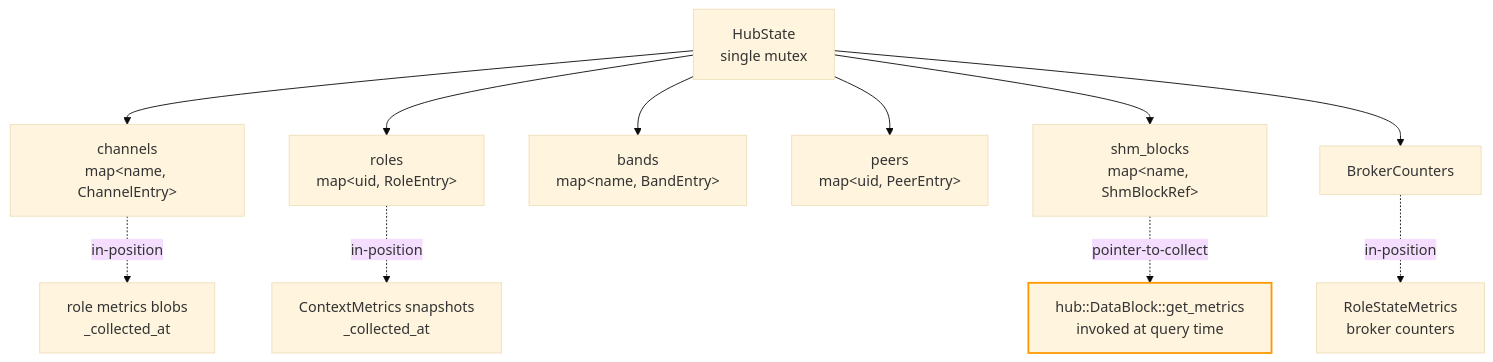
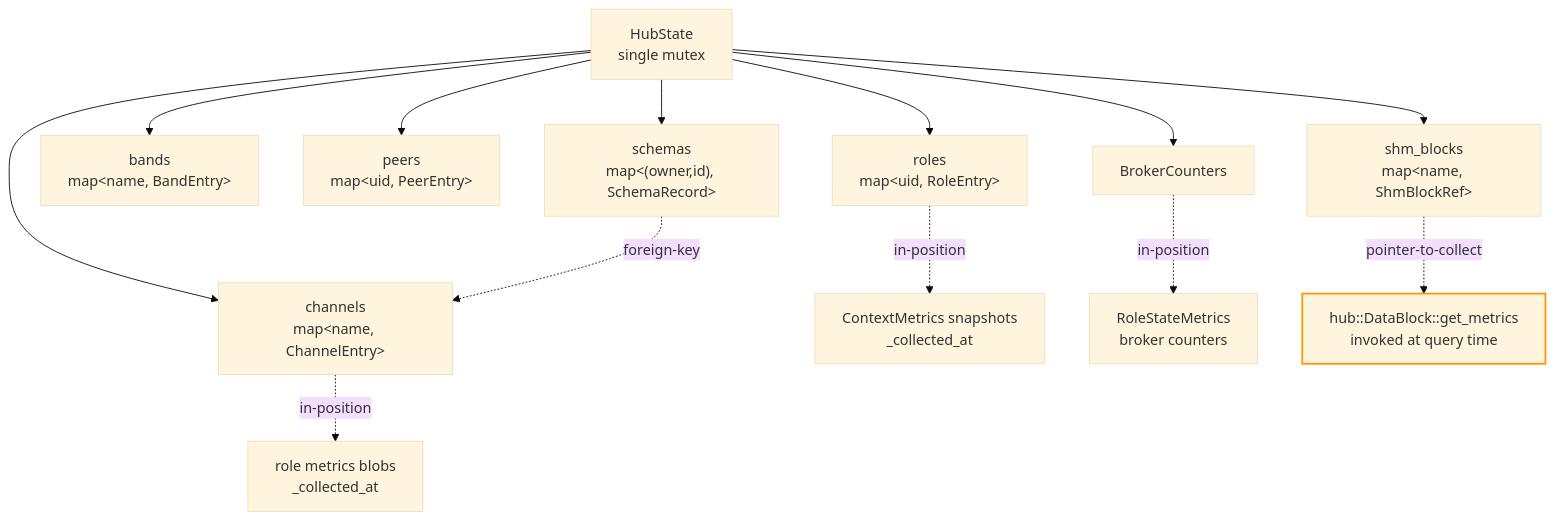
The third of 8 diagrams in docs/HEP/HEP-CORE-0033-Hub-Character.md (Qing-LAB/pylabhub), drawn with Mermaid (base theme) before and after one commit. The commit also changed other lines of this file and 4 other files, not shown here.

First line of the commit message:
docs(HEP-0034): ratify owner-authoritative schema registry; supersede HEP-0016

````diff
--- a/docs/HEP/HEP-CORE-0033-Hub-Character.md
+++ b/docs/HEP/HEP-CORE-0033-Hub-Character.md
@@ -386,17 +394,19 @@
 ```mermaid
 graph TB
     HubState[HubState<br/>single mutex]
     HubState --> Channels["channels<br/>map&lt;name, ChannelEntry&gt;"]
     HubState --> Roles["roles<br/>map&lt;uid, RoleEntry&gt;"]
     HubState --> Bands["bands<br/>map&lt;name, BandEntry&gt;"]
     HubState --> Peers["peers<br/>map&lt;uid, PeerEntry&gt;"]
     HubState --> ShmBlocks["shm_blocks<br/>map&lt;name, ShmBlockRef&gt;"]
+    HubState --> Schemas["schemas<br/>map&lt;(owner,id), SchemaRecord&gt;"]
     HubState --> Counters["BrokerCounters"]
 
     Channels -.in-position.-> M1["role metrics blobs<br/>_collected_at"]
     Roles -.in-position.-> M2["ContextMetrics snapshots<br/>_collected_at"]
     Counters -.in-position.-> M3["RoleStateMetrics<br/>broker counters"]
     ShmBlocks -.pointer-to-collect.-> M4["hub::DataBlock::get_metrics<br/>invoked at query time"]
+    Schemas -.foreign-key.-> Channels
 
     style M4 stroke:#f90,stroke-width:2px
 ```
````
